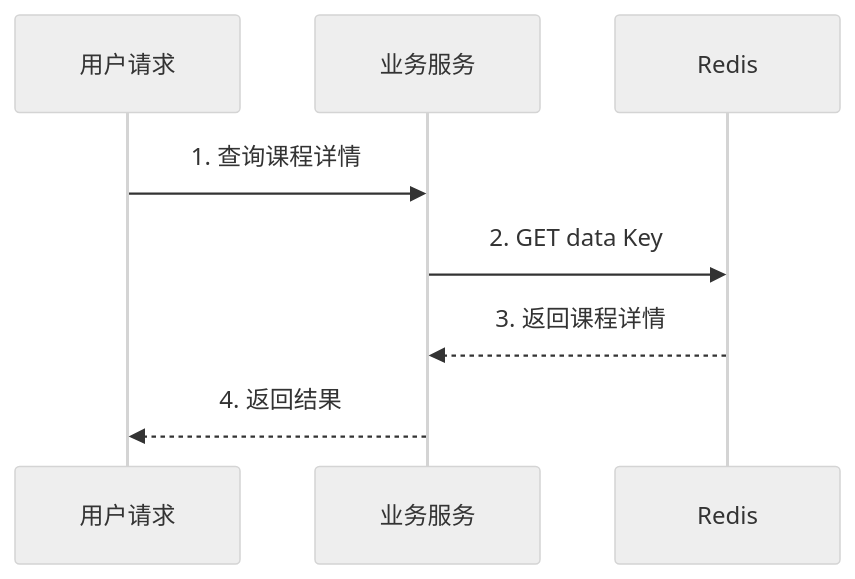
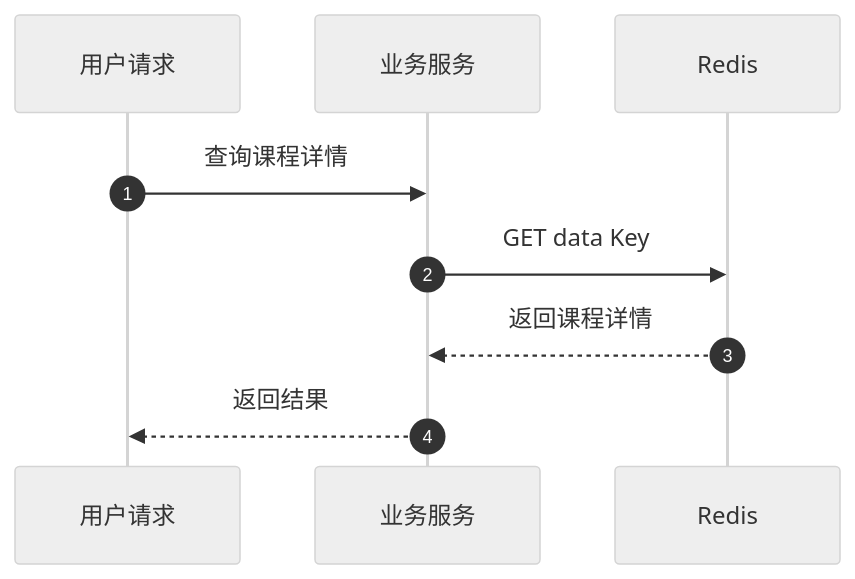
Before and after one commit to zdl20251023-pixel/agent-frame: the fifth of 27 diagrams in docs/redis/126-redis-4种缓存模式-分享版-极简版.md, drawn with Mermaid (neutral theme). The commit also changed other lines of this file, not shown here.

Commit message:
redis 四大缓存模式 分享-极简版

````diff
--- a/docs/redis/126-redis-4种缓存模式-分享版-极简版.md
+++ b/docs/redis/126-redis-4种缓存模式-分享版-极简版.md
@@ -226,11 +221,12 @@
 ```mermaid
 sequenceDiagram
+    autonumber
     participant Client as 用户请求
     participant Service as 业务服务
     participant Redis as Redis
 
-    Client->>Service: 1. 查询课程详情
-    Service->>Redis: 2. GET data Key
-    Redis-->>Service: 3. 返回课程详情
-    Service-->>Client: 4. 返回结果
+    Client->>Service: 查询课程详情
+    Service->>Redis: GET data Key
+    Redis-->>Service: 返回课程详情
+    Service-->>Client: 返回结果
 ```
````
